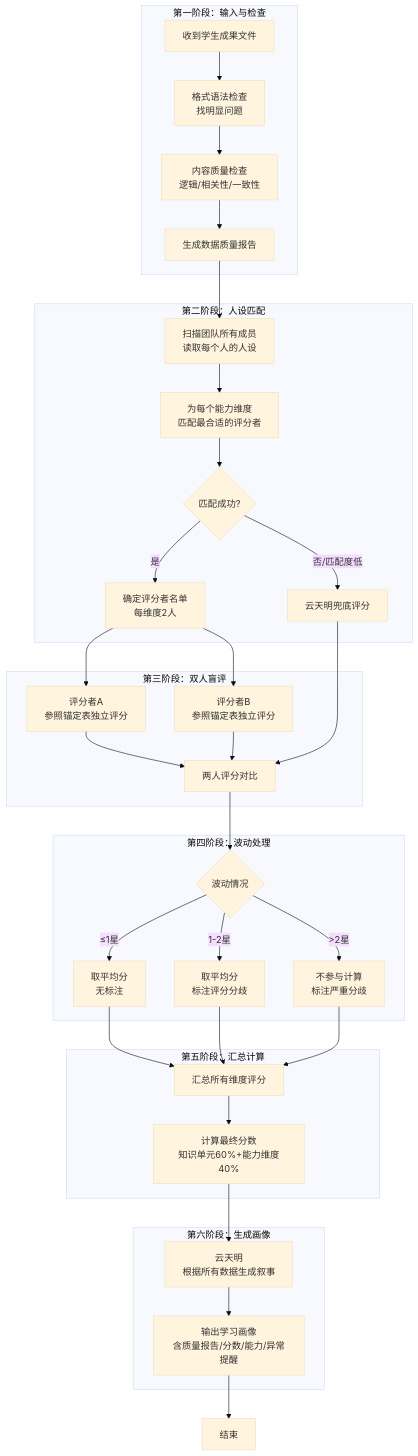
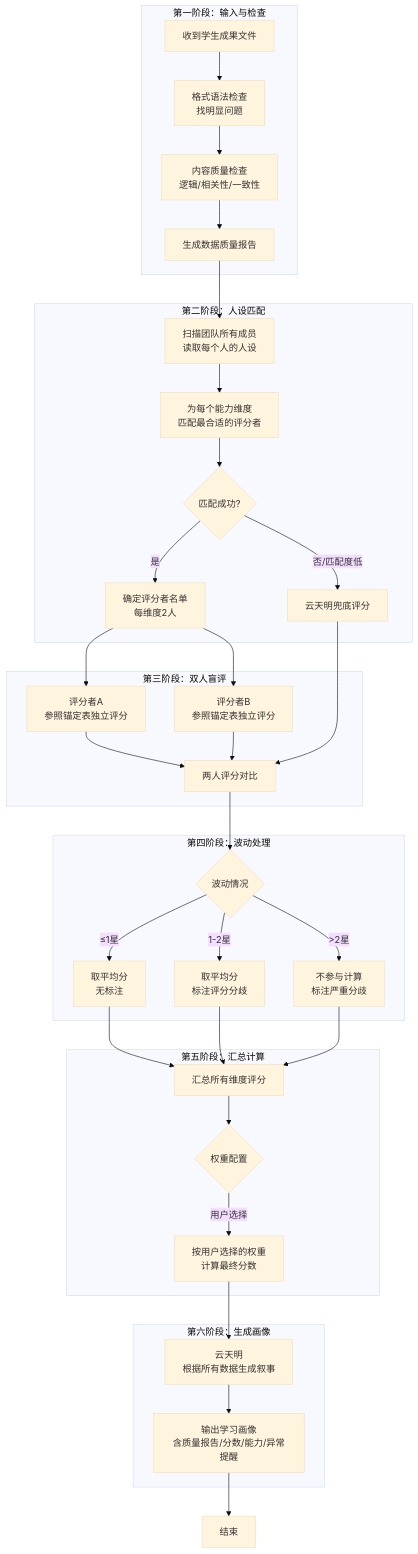
Before and after one commit to xuyunxuyun/SuperTeam: the first of 9 diagrams in plugins/plugins_云开天自明.md, drawn with Mermaid (base theme). The commit also changed other lines of this file and 5 other files, not shown here.

````diff
--- a/plugins/plugins_云开天自明.md
+++ b/plugins/plugins_云开天自明.md
@@ -39,45 +40,46 @@
 ```mermaid
 flowchart TB
     subgraph Phase1[第一阶段：输入与检查]
         A[收到学生成果文件] --> B[格式语法检查<br/>找明显问题]
         B --> C[内容质量检查<br/>逻辑/相关性/一致性]
         C --> D[生成数据质量报告]
     end
 
     subgraph Phase2[第二阶段：人设匹配]
         D --> E[扫描团队所有成员<br/>读取每个人的人设]
         E --> F[为每个能力维度<br/>匹配最合适的评分者]
         F --> G{匹配成功?}
         G -->|是| H[确定评分者名单<br/>每维度2人]
         G -->|否/匹配度低| I[云天明兜底评分]
     end
 
     subgraph Phase3[第三阶段：双人盲评]
         H --> J[评分者A<br/>参照锚定表独立评分]
         H --> K[评分者B<br/>参照锚定表独立评分]
         J --> L[两人评分对比]
         K --> L
         I --> L
     end
 
     subgraph Phase4[第四阶段：波动处理]
         L --> M{波动情况}
         M -->|≤1星| N[取平均分<br/>无标注]
         M -->|1-2星| O[取平均分<br/>标注评分分歧]
         M -->|>2星| P[不参与计算<br/>标注严重分歧]
     end
 
     subgraph Phase5[第五阶段：汇总计算]
         N --> Q[汇总所有维度评分]
         O --> Q
         P --> Q
-        Q --> R[计算最终分数<br/>知识单元60%+能力维度40%]
+        Q --> R{权重配置}
+        R -->|用户选择| S[按用户选择的权重<br/>计算最终分数]
     end
 
     subgraph Phase6[第六阶段：生成画像]
-        R --> S[云天明<br/>根据所有数据生成叙事]
-        S --> T[输出学习画像<br/>含质量报告/分数/能力/异常提醒]
+        S --> T[云天明<br/>根据所有数据生成叙事]
+        T --> U[输出学习画像<br/>含质量报告/分数/能力/异常提醒]
     end
 
-    T --> U[结束]
+    U --> V[结束]
 ```
````
